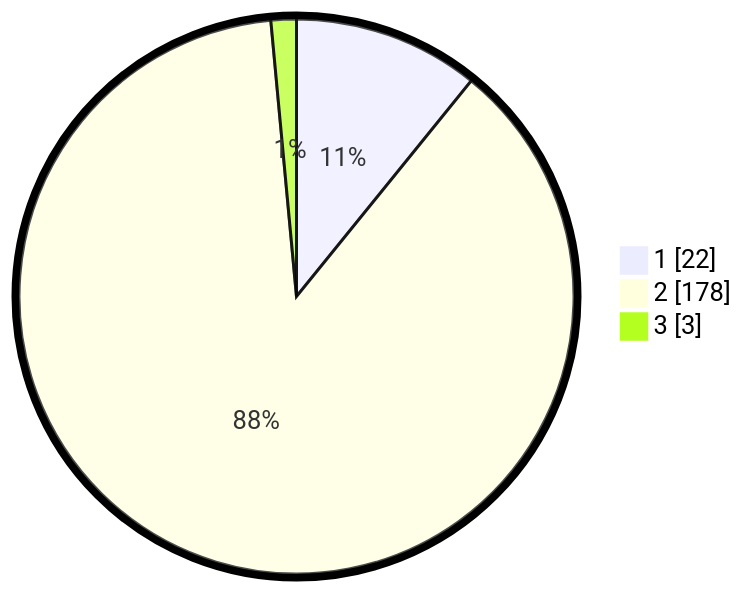
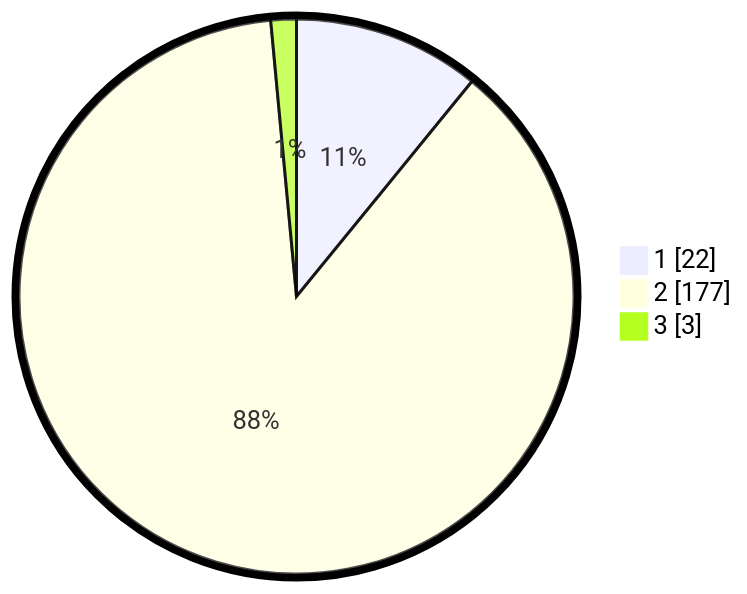
The second of 2 diagrams in pilpres/hitung-suara/sub/52-nusa-tenggara-barat/sub/01-lombok-barat/sub/15-kuripan/sub/2002-jagaraga/sub/022-tps/README.md (gigit-pemilu/pemilu-2024-52-nusa-tenggara-barat), drawn with Mermaid before and after one commit. The commit also changed other lines of this file and 143 other files, not shown here.

````diff
--- a/pilpres/hitung-suara/sub/52-nusa-tenggara-barat/sub/01-lombok-barat/sub/15-kuripan/sub/2002-jagaraga/sub/022-tps/README.md
+++ b/pilpres/hitung-suara/sub/52-nusa-tenggara-barat/sub/01-lombok-barat/sub/15-kuripan/sub/2002-jagaraga/sub/022-tps/README.md
@@ -13,7 +13,7 @@
 ```mermaid
 %%{init: {"pie": {"textPosition": 0.5}, "themeVariables": {"pieOuterStrokeWidth": "5px"}} }%%
 pie showData
     "1" : 22
-    "2" : 178
+    "2" : 177
     "3" : 3
 ```
````
